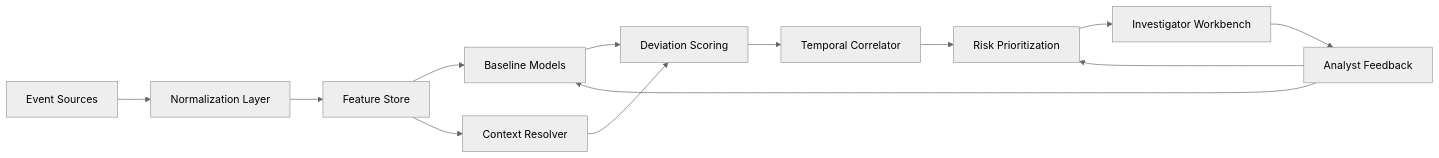
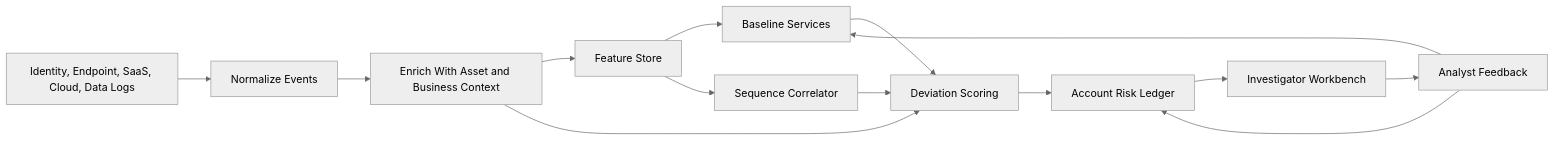
The diagram in README.md (Ramos679/behavioral-security-system), drawn with Mermaid (neutral theme) before and after one commit. The commit also changed other lines of this file and 4 other files, not shown here.

````diff
--- a/README.md
+++ b/README.md
@@ -30,15 +39,16 @@
 ```mermaid
 flowchart LR
-    A[Event Sources] --> B[Normalization Layer]
-    B --> C[Feature Store]
-    C --> D[Baseline Models]
-    C --> E[Context Resolver]
-    D --> F[Deviation Scoring]
-    E --> F
-    F --> G[Temporal Correlator]
-    G --> H[Risk Prioritization]
+    A[Identity, Endpoint, SaaS, Cloud, Data Logs] --> B[Normalize Events]
+    B --> C[Enrich With Asset and Business Context]
+    C --> D[Feature Store]
+    D --> E[Baseline Services]
+    D --> F[Sequence Correlator]
+    E --> G[Deviation Scoring]
+    F --> G
+    C --> G
+    G --> H[Account Risk Ledger]
     H --> I[Investigator Workbench]
     I --> J[Analyst Feedback]
-    J --> D
+    J --> E
     J --> H
 ```
````
